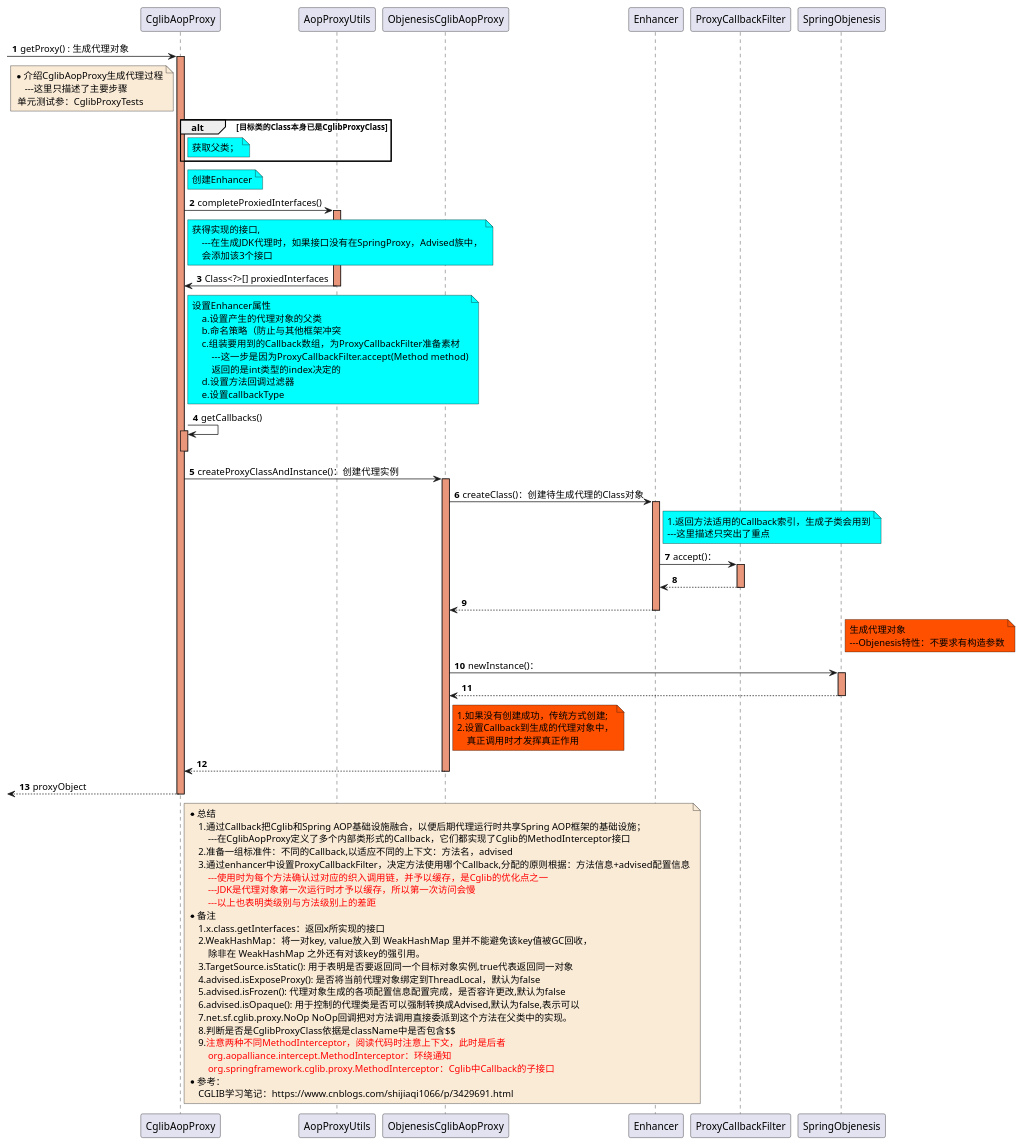
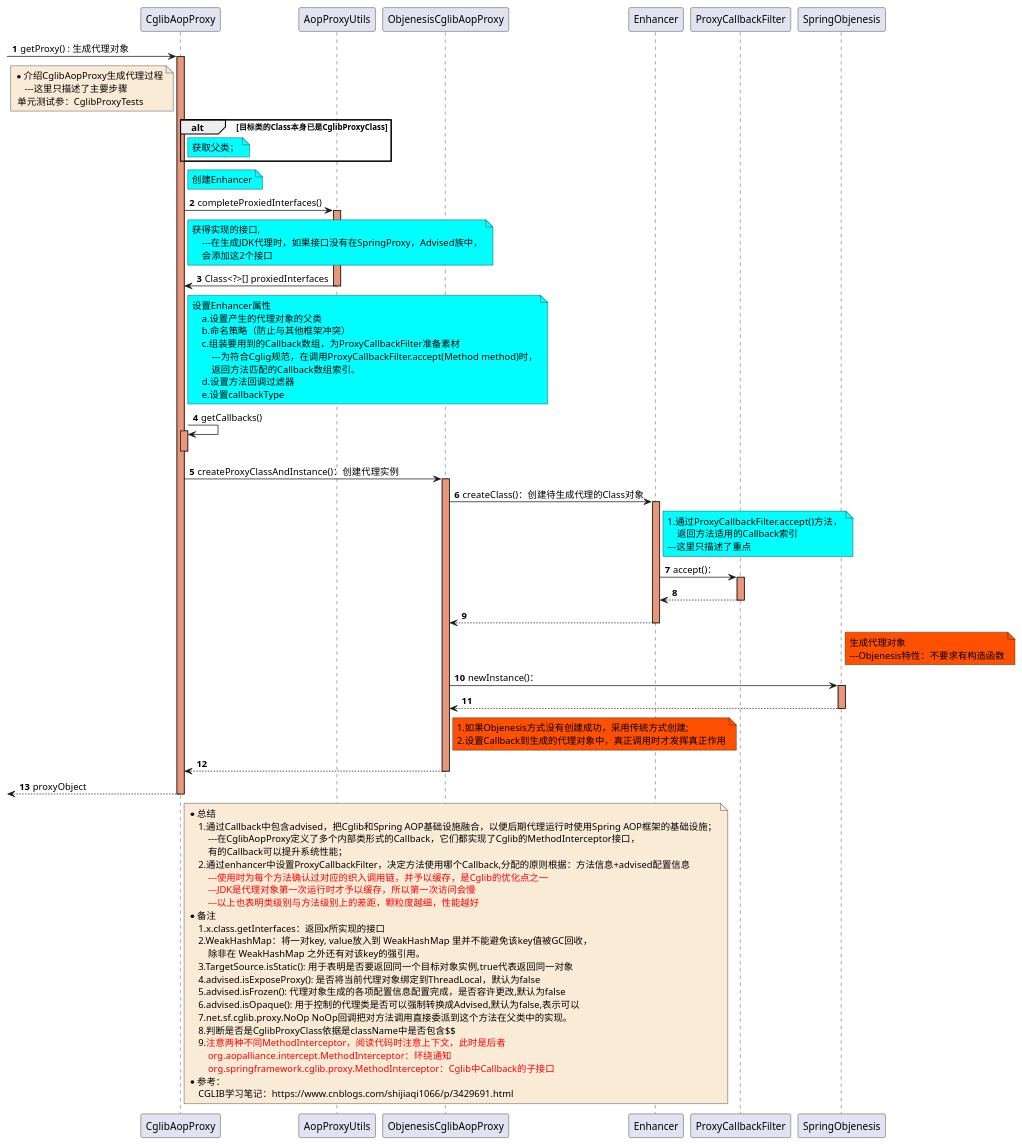
One commit to czwer/learn-spring-code changed the diagram in document/spring/base/sequence/AOP-GenerateProxyObject-2-CglibAopProxy_getProxy-sequence.puml. Above: the diagram before and after it, drawn with PlantUML. The commit also changed 26 other files, not shown here.

```diff
--- a/document/spring/base/sequence/AOP-GenerateProxyObject-2-CglibAopProxy_getProxy-sequence.puml
+++ b/document/spring/base/sequence/AOP-GenerateProxyObject-2-CglibAopProxy_getProxy-sequence.puml
@@ -1,117 +1,117 @@
 @startuml
 
 autonumber
 
 -> CglibAopProxy: getProxy() : 生成代理对象
 
 note left of CglibAopProxy #FAEBD7
     *介绍CglibAopProxy生成代理过程
         ---这里只描述了主要步骤
      单元测试参：CglibProxyTests
 end note
 activate CglibAopProxy #DarkSalmon
     alt 目标类的Class本身已是CglibProxyClass
         note right of CglibAopProxy #aqua
             获取父类；
         end note
     end
 
     note right of CglibAopProxy #aqua
         创建Enhancer
     end note
 
     CglibAopProxy-> AopProxyUtils:completeProxiedInterfaces()
     activate AopProxyUtils #DarkSalmon
         note right of CglibAopProxy #aqua
             获得实现的接口,
                 ---在生成JDK代理时，如果接口没有在SpringProxy，Advised族中，
-                会添加该3个接口
+                会添加这2个接口
         end note
     AopProxyUtils-> CglibAopProxy:Class<?>[] proxiedInterfaces
     deactivate AopProxyUtils
 
     note right of CglibAopProxy #aqua
         设置Enhancer属性
             a.设置产生的代理对象的父类
-            b.命名策略（防止与其他框架冲突
+            b.命名策略（防止与其他框架冲突）
             c.组装要用到的Callback数组，为ProxyCallbackFilter准备素材
-                ---这一步是因为ProxyCallbackFilter.accept(Method method)
-                返回的是int类型的index决定的
+                ---为符合Cglig规范，在调用ProxyCallbackFilter.accept(Method method)时，
+                返回方法匹配的Callback数组索引。
             d.设置方法回调过滤器
             e.设置callbackType
     end note
 
     CglibAopProxy -> CglibAopProxy : getCallbacks()
     activate CglibAopProxy #DarkSalmon
     deactivate CglibAopProxy
 
     CglibAopProxy -> ObjenesisCglibAopProxy : createProxyClassAndInstance()：创建代理实例
     activate ObjenesisCglibAopProxy #DarkSalmon
 
         ObjenesisCglibAopProxy -> Enhancer : createClass()：创建待生成代理的Class对象
         activate Enhancer #DarkSalmon
             note right of Enhancer #aqua
-                1.返回方法适用的Callback索引，生成子类会用到
-                ---这里描述只突出了重点
+                1.通过ProxyCallbackFilter.accept()方法，
+                    返回方法适用的Callback索引
+                ---这里只描述了重点
             end note
 
             Enhancer -> ProxyCallbackFilter : accept()：
             activate ProxyCallbackFilter #DarkSalmon
             ProxyCallbackFilter --> Enhancer
             deactivate ProxyCallbackFilter
 
         Enhancer --> ObjenesisCglibAopProxy
         deactivate Enhancer
 
         note right of SpringObjenesis #FF5000
             生成代理对象
-            ---Objenesis特性：不要求有构造参数
+            ---Objenesis特性：不要求有构造函数
         end note
 
         ObjenesisCglibAopProxy -> SpringObjenesis : newInstance()：
         activate SpringObjenesis #DarkSalmon
         SpringObjenesis --> ObjenesisCglibAopProxy
         deactivate SpringObjenesis
 
         note right of ObjenesisCglibAopProxy #FF5000
-            1.如果没有创建成功，传统方式创建;
-            2.设置Callback到生成的代理对象中，
-                真正调用时才发挥真正作用
+            1.如果Objenesis方式没有创建成功，采用传统方式创建;
+            2.设置Callback到生成的代理对象中，真正调用时才发挥真正作用
         end note
 
 
     ObjenesisCglibAopProxy --> CglibAopProxy
     deactivate ObjenesisCglibAopProxy
 
 
 
 <-- CglibAopProxy : proxyObject
 deactivate CglibAopProxy
 
 note right of CglibAopProxy #FAEBD7
 *总结
-    1.通过Callback把Cglib和Spring AOP基础设施融合，以便后期代理运行时共享Spring AOP框架的基础设施；
-        ---在CglibAopProxy定义了多个内部类形式的Callback，它们都实现了Cglib的MethodInterceptor接口
-    2.准备一组标准件：不同的Callback,以适应不同的上下文：方法名，advised
-    3.通过enhancer中设置ProxyCallbackFilter，决定方法使用哪个Callback,分配的原则根据：方法信息+advised配置信息
+    1.通过Callback中包含advised，把Cglib和Spring AOP基础设施融合，以便后期代理运行时使用Spring AOP框架的基础设施；
+        ---在CglibAopProxy定义了多个内部类形式的Callback，它们都实现了Cglib的MethodInterceptor接口，
+        有的Callback可以提升系统性能；
+    2.通过enhancer中设置ProxyCallbackFilter，决定方法使用哪个Callback,分配的原则根据：方法信息+advised配置信息
         <font color=red>---使用时为每个方法确认过对应的织入调用链，并予以缓存，是Cglib的优化点之一</font>
         <font color=red>---JDK是代理对象第一次运行时才予以缓存，所以第一次访问会慢</font>
-        <font color=red>---以上也表明类级别与方法级别上的差距</font>
+        <font color=red>---以上也表明类级别与方法级别上的差距，颗粒度越细，性能越好</font>
 *备注
     1.x.class.getInterfaces：返回x所实现的接口
     2.WeakHashMap：将一对key, value放入到 WeakHashMap 里并不能避免该key值被GC回收，
         除非在 WeakHashMap 之外还有对该key的强引用。
     3.TargetSource.isStatic(): 用于表明是否要返回同一个目标对象实例,true代表返回同一对象
     4.advised.isExposeProxy(): 是否将当前代理对象绑定到ThreadLocal，默认为false
     5.advised.isFrozen(): 代理对象生成的各项配置信息配置完成，是否容许更改,默认为false
     6.advised.isOpaque(): 用于控制的代理类是否可以强制转换成Advised,默认为false,表示可以
     7.net.sf.cglib.proxy.NoOp NoOp回调把对方法调用直接委派到这个方法在父类中的实现。
     8.判断是否是CglibProxyClass依据是className中是否包含$$
     9.<font color=red>注意两种不同MethodInterceptor，阅读代码时注意上下文，此时是后者</font>
         <font color=red>org.aopalliance.intercept.MethodInterceptor：环绕通知</font>
         <font color=red>org.springframework.cglib.proxy.MethodInterceptor：Cglib中Callback的子接口</font>
 *参考：
     CGLIB学习笔记：https://www.cnblogs.com/shijiaqi1066/p/3429691.html
 end note
 
 @enduml
```
